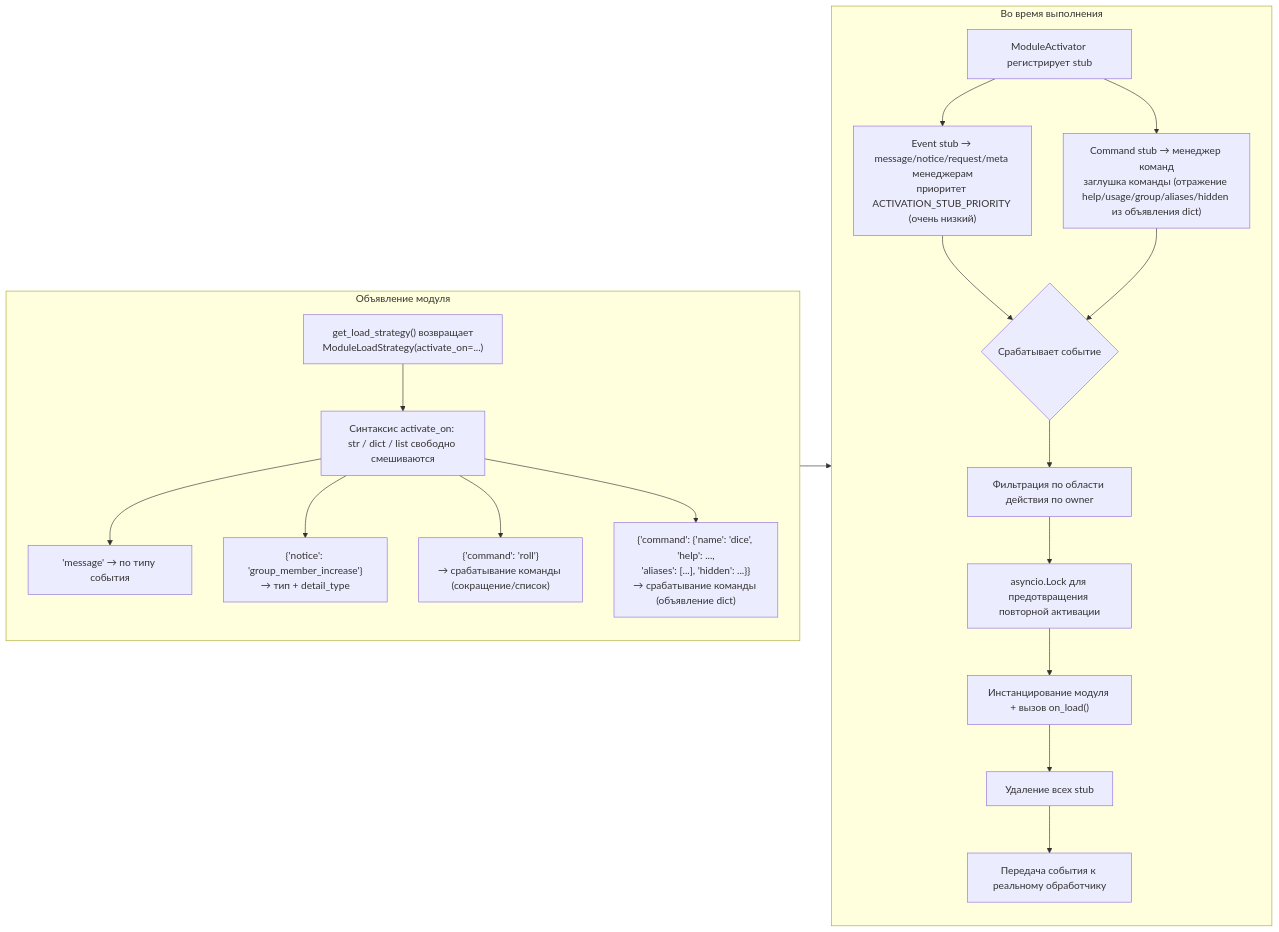
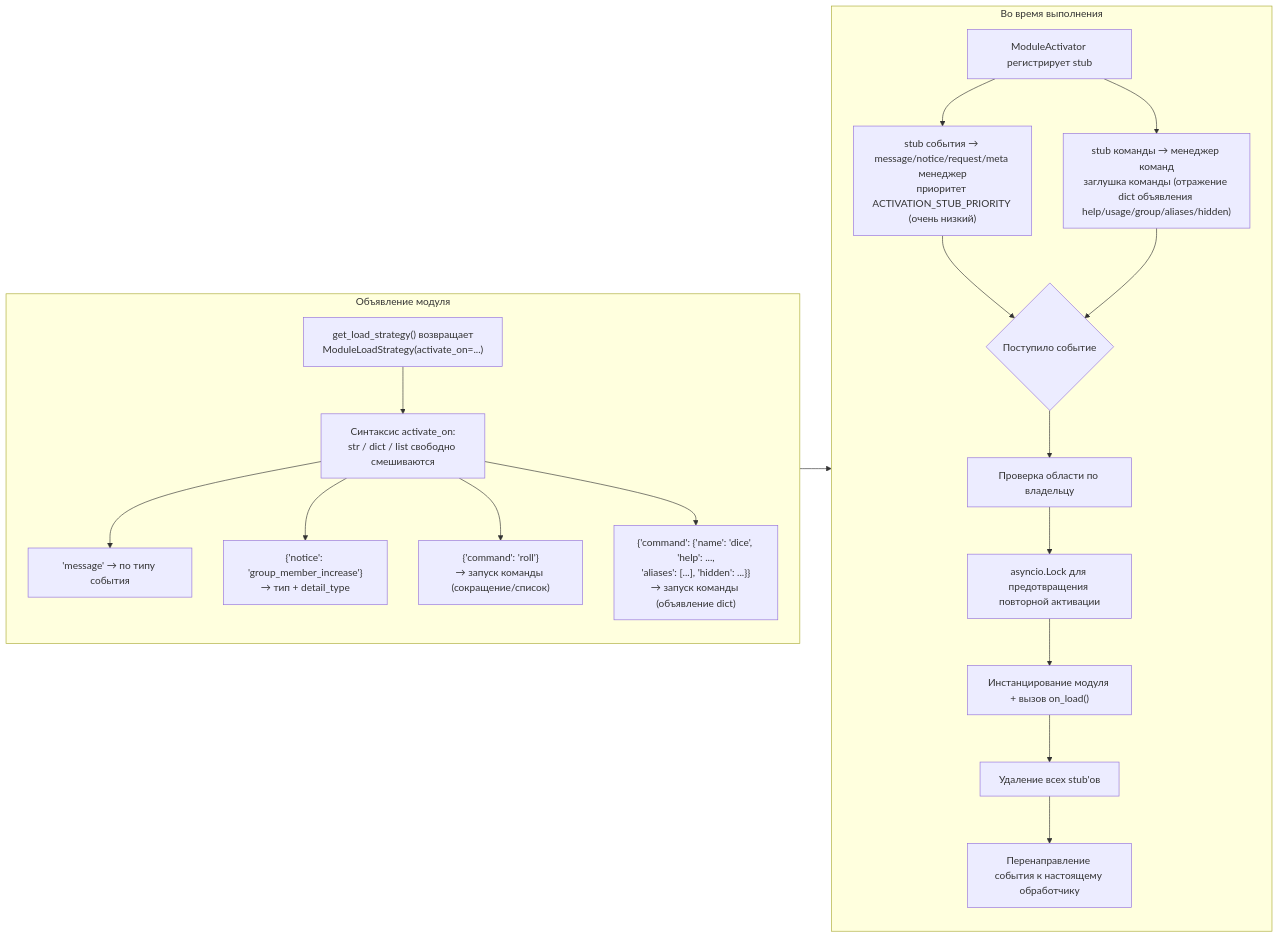
The seventh of 9 diagrams in docs/ru/architecture.md (ErisPulse/ErisPulse), drawn with Mermaid before and after one commit. The commit also changed other lines of this file and 91 other files, not shown here.

````diff
--- a/docs/ru/architecture.md
+++ b/docs/ru/architecture.md
@@ -221,24 +222,24 @@
 ```mermaid
 flowchart LR
     subgraph Declare["Объявление модуля"]
-        S1["get_load_strategy() возвращает<br/>ModuleLoadStrategy(activate_on=...)"] --> S2["Синтаксис activate_on: <br/>str / dict / list свободно смешиваются"]
+        S1["get_load_strategy() возвращает<br/>ModuleLoadStrategy(activate_on=...)"] --> S2["Синтаксис activate_on:<br/>str / dict / list свободно смешиваются"]
         S2 --> S2a["'message' → по типу события"]
         S2 --> S2b["{'notice': 'group_member_increase'}<br/>→ тип + detail_type"]
-        S2 --> S2c["{'command': 'roll'}<br/>→ срабатывание команды (сокращение/список)"]
-        S2 --> S2d["{'command': {'name': 'dice', 'help': ...,<br/>'aliases': [...], 'hidden': ...}}<br/>→ срабатывание команды (объявление dict)"]
+        S2 --> S2c["{'command': 'roll'}<br/>→ запуск команды (сокращение/список)"]
+        S2 --> S2d["{'command': {'name': 'dice', 'help': ...,<br/>'aliases': [...], 'hidden': ...}}<br/>→ запуск команды (объявление dict)"]
     end
 
     subgraph Runtime["Во время выполнения"]
-        R1["ModuleActivator регистрирует stub"] --> R1a["Event stub → message/notice/request/meta менеджерам<br/>приоритет ACTIVATION_STUB_PRIORITY (очень низкий)"]
-        R1 --> R1b["Command stub → менеджер команд<br/>заглушка команды (отражение help/usage/group/aliases/hidden из объявления dict)"]
-        R1a --> R2{"Срабатывает событие"}
+        R1["ModuleActivator регистрирует stub"] --> R1a["stub события → message/notice/request/meta менеджер<br/>приоритет ACTIVATION_STUB_PRIORITY (очень низкий)"]
+        R1 --> R1b["stub команды → менеджер команд<br/>заглушка команды (отражение dict объявления help/usage/group/aliases/hidden)"]
+        R1a --> R2{"Поступило событие"}
         R1b --> R2
-        R2 --> R3["Фильтрация по области действия по owner"]
+        R2 --> R3["Проверка области по владельцу"]
         R3 --> R4["asyncio.Lock для предотвращения повторной активации"]
         R4 --> R5["Инстанцирование модуля + вызов on_load()"]
-        R5 --> R6["Удаление всех stub"]
-        R6 --> R7["Передача события к реальному обработчику"]
+        R5 --> R6["Удаление всех stub'ов"]
+        R6 --> R7["Перенаправление события к настоящему обработчику"]
     end
 
     Declare --> Runtime
 ```
````
